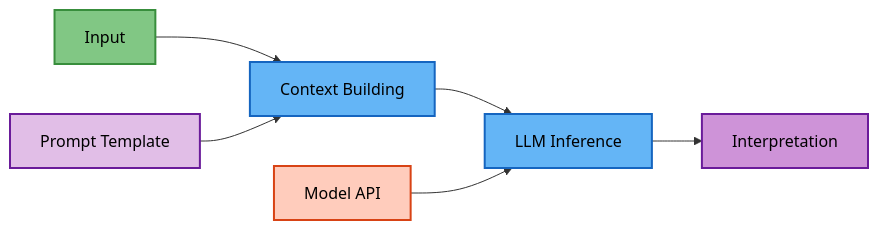
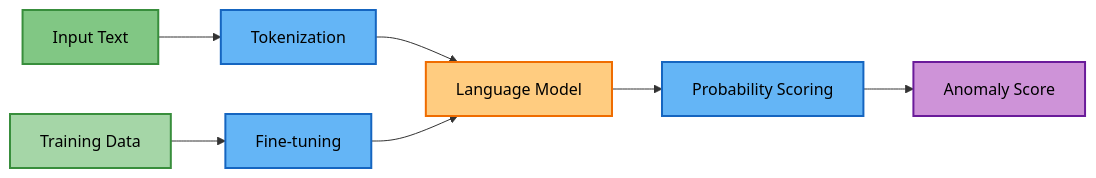
Before and after one commit to xafron-bv/data-quality-monitoring: the fourth of 4 diagrams in docs/architecture/detection-methods.md, drawn with Mermaid. The commit also changed other lines of this file and 7 other files, not shown here.

````diff
--- a/docs/architecture/detection-methods.md
+++ b/docs/architecture/detection-methods.md
@@ -201,15 +204,16 @@
 ```mermaid
 flowchart LR
-    I[Input]:::input --> CB[Context Building]:::process
-    CB --> LI[LLM Inference]:::process
-    LI --> INT[Interpretation]:::output
+    I[Input Text]:::input --> T[Tokenization]:::process
+    T --> LM[Language Model]:::model
+    LM --> PS[Probability Scoring]:::process
+    PS --> AS[Anomaly Score]:::output
     
-    PT[Prompt Template]:::template --> CB
-    MA[Model API]:::api --> LI
+    TD[Training Data]:::train --> FT[Fine-tuning]:::process
+    FT --> LM
     
     classDef input fill:#81c784,stroke:#388e3c,stroke-width:2px,color:#000
     classDef process fill:#64b5f6,stroke:#1565c0,stroke-width:2px,color:#000
     classDef output fill:#ce93d8,stroke:#6a1b9a,stroke-width:2px,color:#000
-    classDef template fill:#e1bee7,stroke:#6a1b9a,stroke-width:2px,color:#000
-    classDef api fill:#ffccbc,stroke:#d84315,stroke-width:2px,color:#000
+    classDef train fill:#a5d6a7,stroke:#388e3c,stroke-width:2px,color:#000
+    classDef model fill:#ffcc80,stroke:#ef6c00,stroke-width:2px,color:#000
 ```
````
